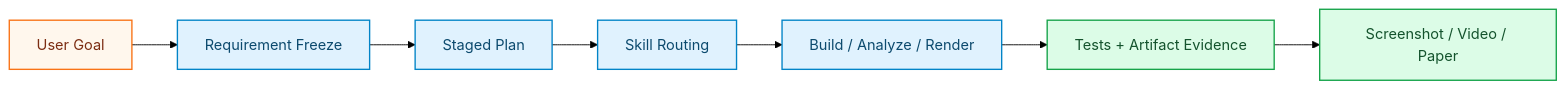
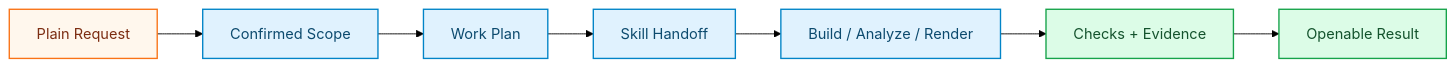
Before and after one commit to OhiraShusei/Vibe-Skills: the second of 2 diagrams in README.md, drawn with Mermaid (forest theme). The commit also changed other lines of this file and 1 other file, not shown here.

Commit message:
Polish README practice demos copy

````diff
--- a/README.md
+++ b/README.md
@@ -208,23 +208,23 @@
 ```mermaid
 flowchart LR
     accTitle: VibeSkills Practice Demo Flow
-    accDescr: A user goal moves through requirement freeze, staged planning, skill routing, execution, verification, and a visible artifact.
+    accDescr: A user goal moves through scope confirmation, planning, skill handoff, execution checks, and an openable result.
 
-    goal["User Goal"]
-    freeze["Requirement Freeze"]
-    plan["Staged Plan"]
-    route["Skill Routing"]
+    goal["Plain Request"]
+    freeze["Confirmed Scope"]
+    plan["Work Plan"]
+    route["Skill Handoff"]
     work["Build / Analyze / Render"]
-    proof["Tests + Artifact Evidence"]
-    show["Screenshot / Video / Paper"]
+    proof["Checks + Evidence"]
+    show["Openable Result"]
 
     goal --> freeze --> plan --> route --> work --> proof --> show
 
     classDef goal fill:#fff7ed,stroke:#f97316,stroke-width:1.5px,color:#7c2d12
     classDef flow fill:#e0f2fe,stroke:#0284c7,stroke-width:1.5px,color:#0c4a6e
     classDef proof fill:#dcfce7,stroke:#16a34a,stroke-width:1.5px,color:#14532d
 
     class goal goal
     class freeze,plan,route,work flow
     class proof,show proof
 ```
````
